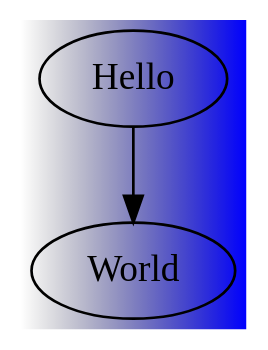
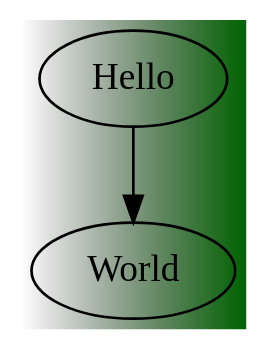
One commit to Qiu-Weidong/vscode-graphviz-extension changed the diagram in examples/hello.dot. Above: the diagram before and after it, drawn with Graphviz. The commit also changed 2 other files, not shown here.

```diff
--- a/examples/hello.dot
+++ b/examples/hello.dot
@@ -1,12 +1,9 @@
 
 
 
 
 digraph G{
 
   Hello -> World ;
-  bgcolor="transparent:blue: green: yellow";
-
-  node [shape="hexagon", color=lightgoldenrodyellow];
-  // edge [color=darkorchid];
+  bgcolor="transparent:darkgreen:crimson";
 }
```
